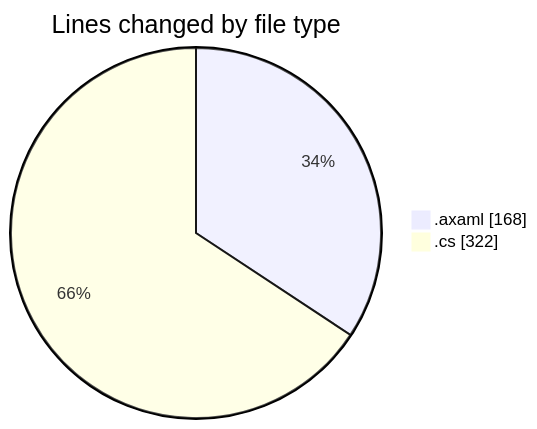
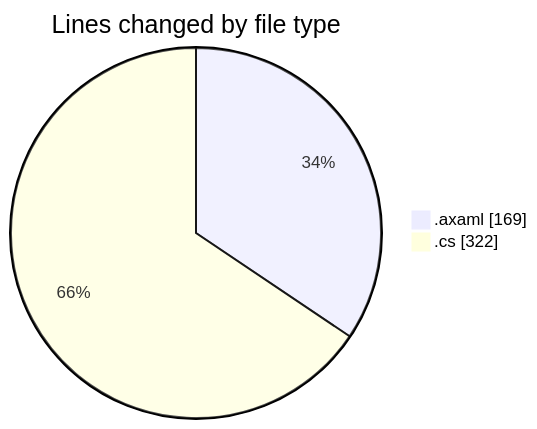
One commit to Netris89/code-tracking changed the first of 2 diagrams in 2025-10-30/skintrack/README.md. Above: the diagram before and after it, drawn with Mermaid. The commit also changed other lines of this file and 1 other file, not shown here.

````diff
--- a/2025-10-30/skintrack/README.md
+++ b/2025-10-30/skintrack/README.md
@@ -27,6 +27,6 @@
 ```mermaid
 pie showData
 title Lines changed by file type
-".axaml" : 168
+".axaml" : 169
 ".cs" : 322
 ```
````
